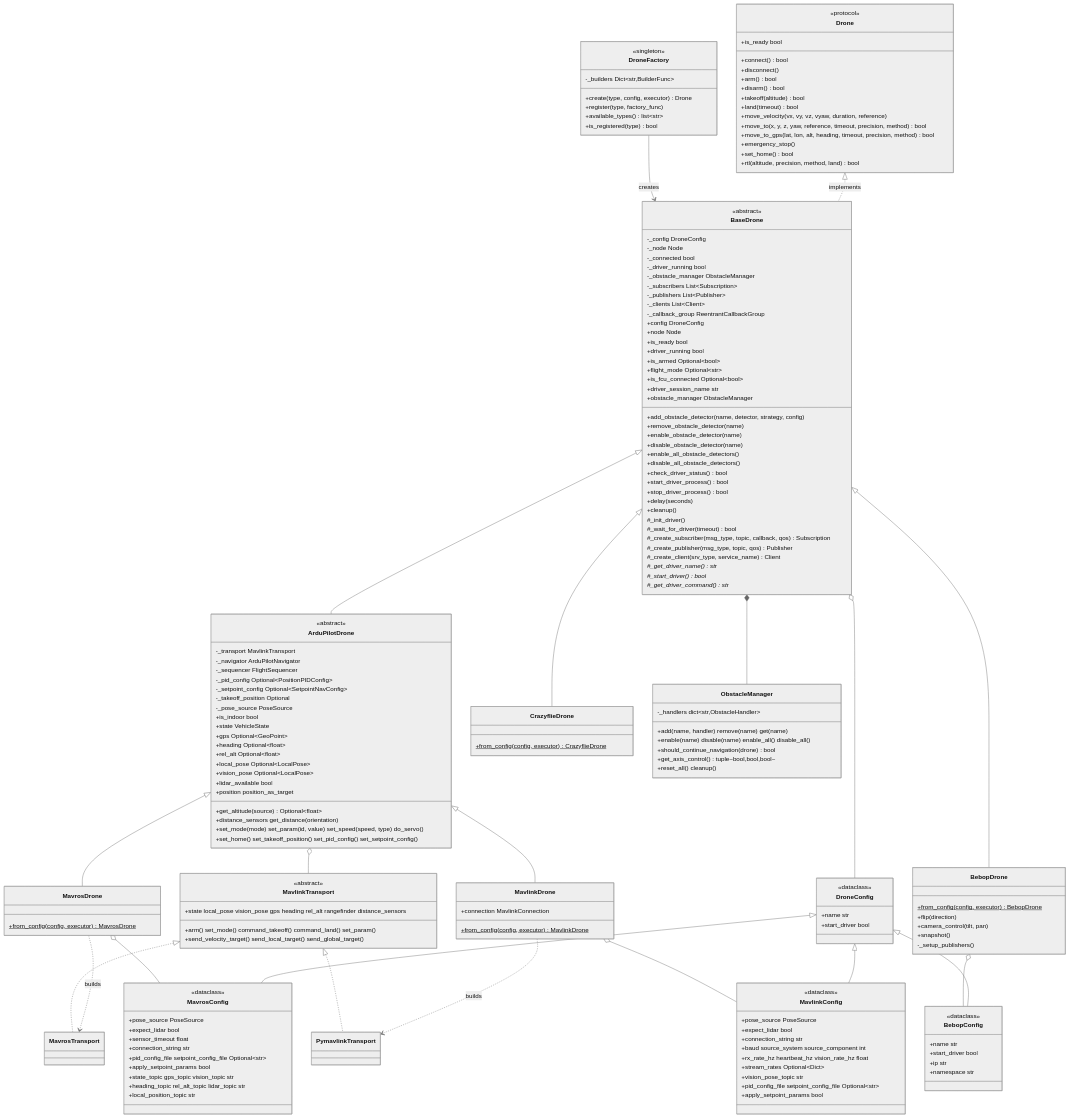
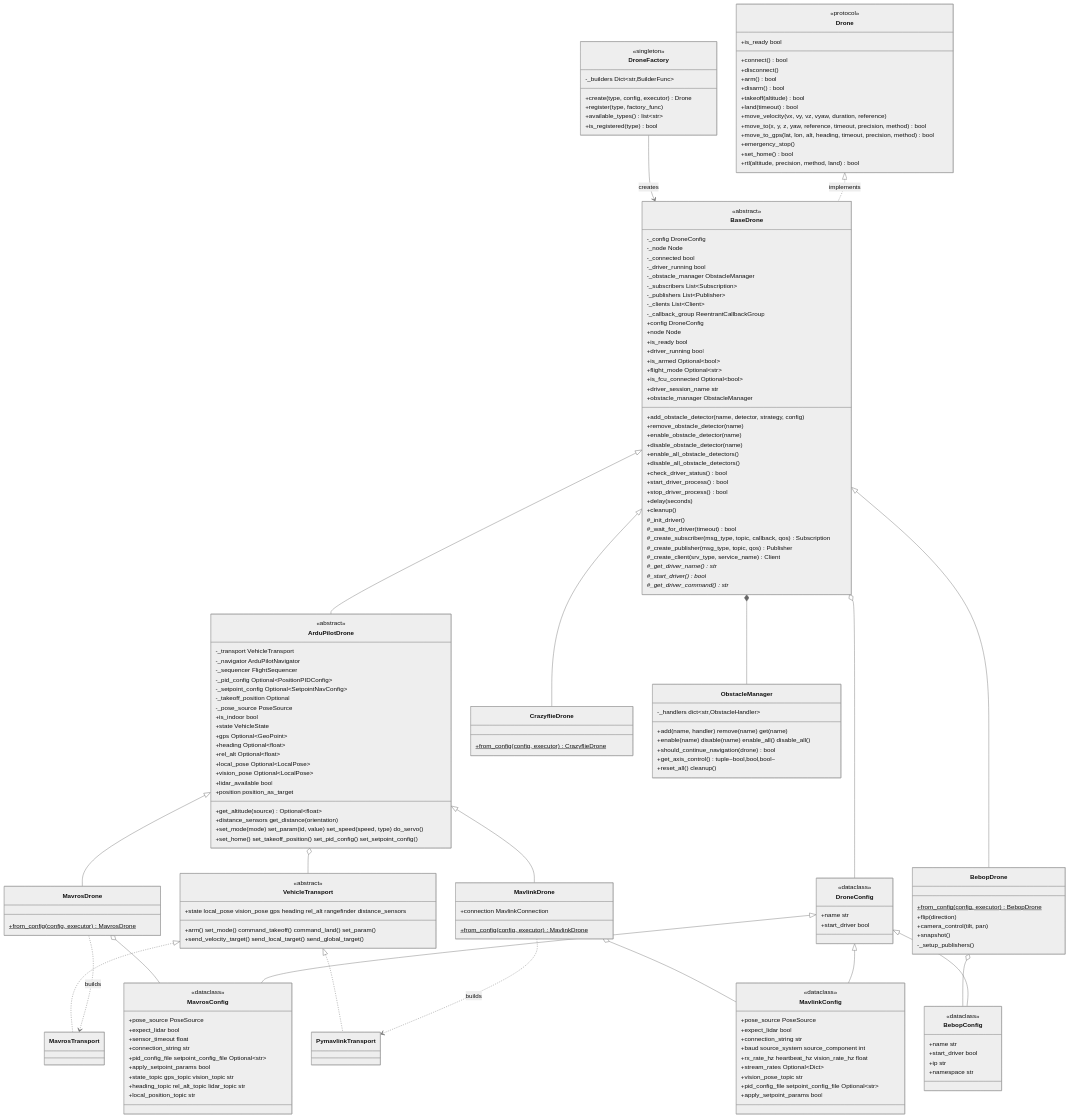
Before and after one commit to Black-Bee-Drones/nectar-sdk: the diagram in nectar/nectar/control/README.md, drawn with Mermaid (neutral theme). The commit also changed other lines of this file and 2 other files, not shown here.

Commit message:
docs: document PX4 support and the vehicle core

```diff
--- a/nectar/nectar/control/README.md
+++ b/nectar/nectar/control/README.md
@@ -90,7 +92,7 @@
 
     class ArduPilotDrone {
         <<abstract>>
-        -_transport MavlinkTransport
+        -_transport VehicleTransport
         -_navigator ArduPilotNavigator
         -_sequencer FlightSequencer
         -_pid_config Optional~PositionPIDConfig~
@@ -125,7 +127,7 @@
         +from_config(config, executor)$ CrazyflieDrone
     }
 
-    class MavlinkTransport {
+    class VehicleTransport {
         <<abstract>>
         +state local_pose vision_pose gps heading rel_alt rangefinder distance_sensors
         +arm() set_mode() command_takeoff() command_land() set_param()
@@ -199,9 +201,9 @@
     BaseDrone <|-- CrazyflieDrone
     ArduPilotDrone <|-- MavrosDrone
     ArduPilotDrone <|-- MavlinkDrone
-    ArduPilotDrone o-- MavlinkTransport
-    MavlinkTransport <|.. MavrosTransport
-    MavlinkTransport <|.. PymavlinkTransport
+    ArduPilotDrone o-- VehicleTransport
+    VehicleTransport <|.. MavrosTransport
+    VehicleTransport <|.. PymavlinkTransport
     MavrosDrone ..> MavrosTransport : builds
     MavlinkDrone ..> PymavlinkTransport : builds
     BaseDrone *-- ObstacleManager
```
